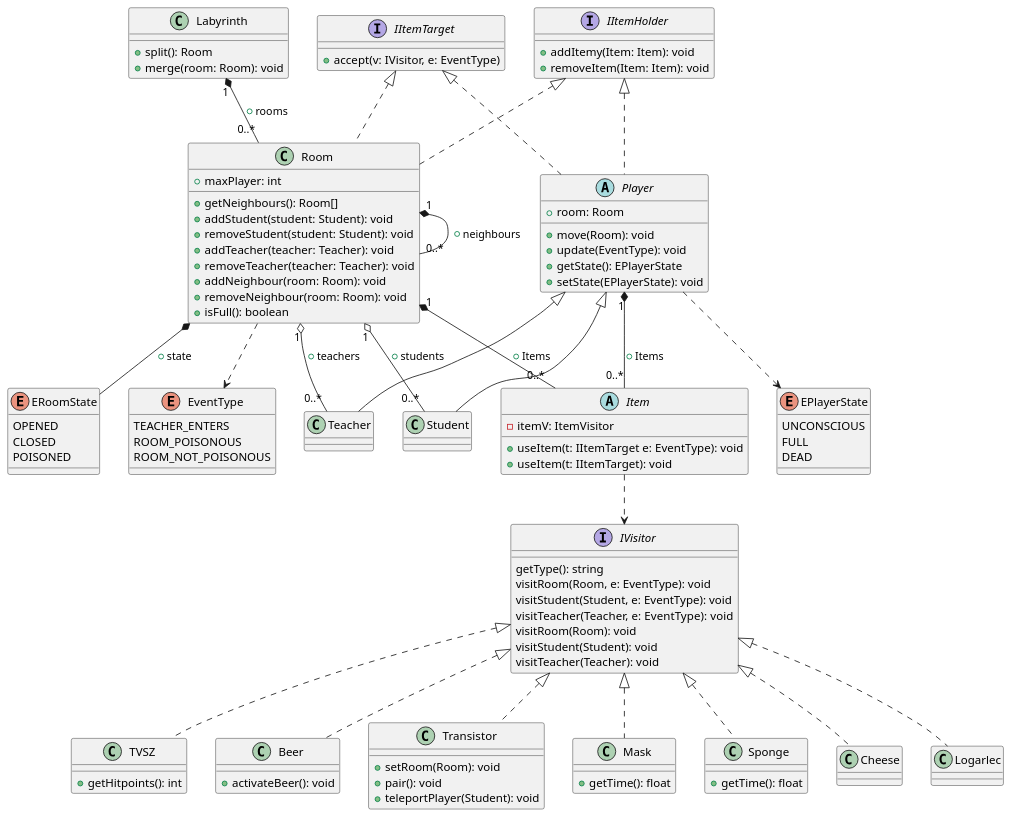
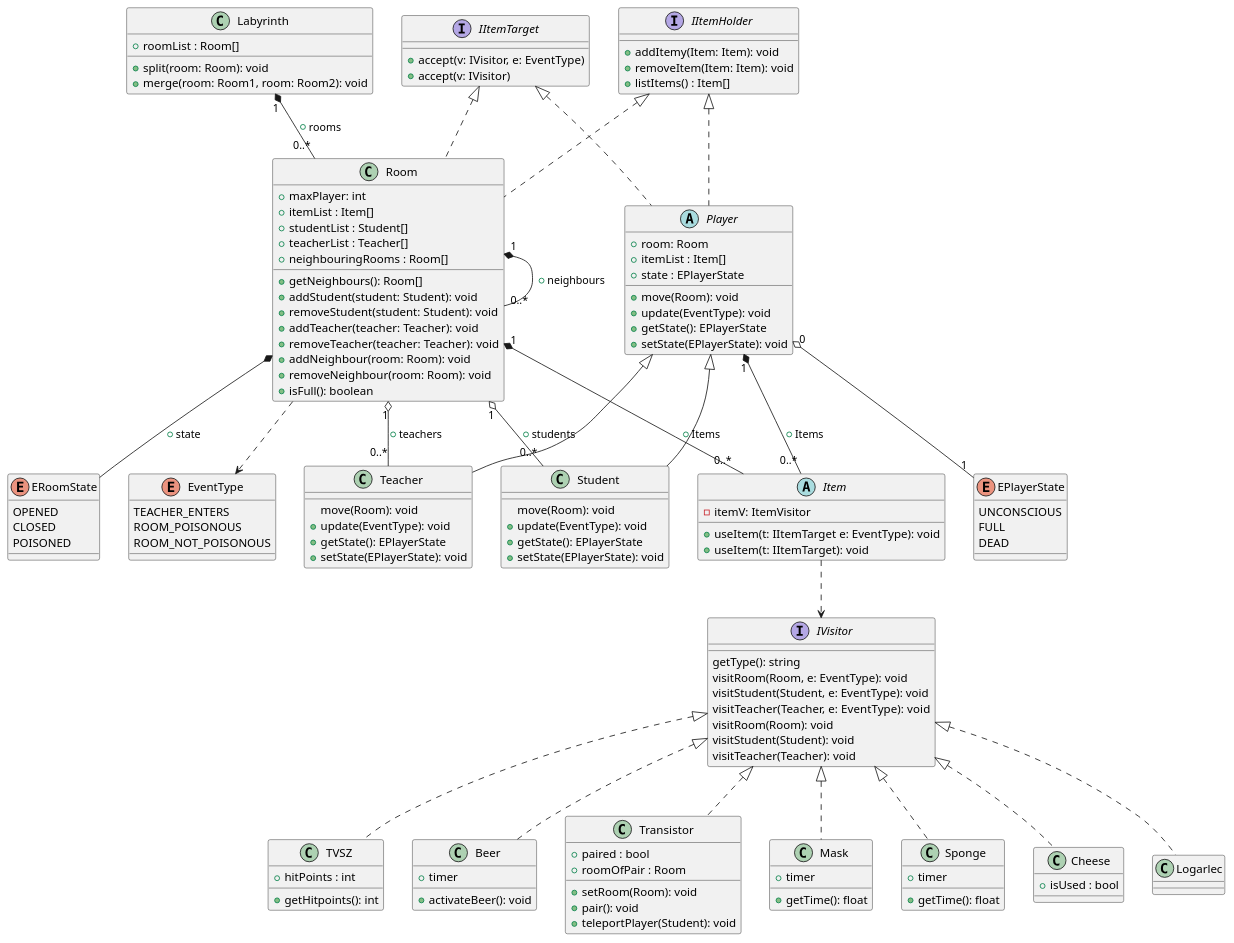
Before and after one commit to MBakter/echo: the diagram in out/docs/UML/Class_UML.plantuml, drawn with PlantUML. The commit also changed 1 other file, not shown here.

```diff
--- a/out/docs/UML/Class_UML.plantuml
+++ b/out/docs/UML/Class_UML.plantuml
@@ -1,119 +1,150 @@
 @startuml UML
 
 class Labyrinth {
-    +split(): Room
-    +merge(room: Room): void
+    +roomList : Room[]
+
+    +split(room: Room): void
+    +merge(room: Room1, room: Room2): void
 }
 
 class Room implements IItemHolder, IItemTarget{
     + maxPlayer: int
+    + itemList : Item[]
+    + studentList : Student[]
+    + teacherList : Teacher[]
+    + neighbouringRooms : Room[]
 
     +getNeighbours(): Room[]
     +addStudent(student: Student): void
     +removeStudent(student: Student): void
     +addTeacher(teacher: Teacher): void
     +removeTeacher(teacher: Teacher): void
     +addNeighbour(room: Room): void
     +removeNeighbour(room: Room): void   
     +isFull(): boolean
 }
 
 enum EPlayerState {
     UNCONSCIOUS
     FULL
     DEAD
 }
 
 abstract class Player implements IItemHolder, IItemTarget{
     + room: Room
+    +itemList : Item[]
+    +state : EPlayerState
+
     + move(Room): void
     + update(EventType): void
     + getState(): EPlayerState
     + setState(EPlayerState): void
 }
 
-Player ..> EPlayerState
+Player "0" o-- "1" EPlayerState
 
 interface IVisitor {
     getType(): string
     visitRoom(Room, e: EventType): void
     visitStudent(Student, e: EventType): void
     visitTeacher(Teacher, e: EventType): void
     visitRoom(Room): void
     visitStudent(Student): void
     visitTeacher(Teacher): void
 }
 
 abstract class Item{
     -itemV: ItemVisitor
     + useItem(t: IItemTarget e: EventType): void
     + useItem(t: IItemTarget): void
 }
 
 interface IItemTarget{
     + accept(v: IVisitor, e: EventType)
+    + accept(v: IVisitor)
 }
 
-class Teacher extends Player{}
-
+class Teacher extends Player{
+    move(Room): void
+    + update(EventType): void
+    + getState(): EPlayerState
+    + setState(EPlayerState): void
+}
 
 class Student extends Player{
+    move(Room): void
+    + update(EventType): void
+    + getState(): EPlayerState
+    + setState(EPlayerState): void
 }
 
 interface IItemHolder {
     + addItemy(Item: Item): void
     + removeItem(Item: Item): void
+    + listItems() : Item[]
 }
 
 enum ERoomState {
     OPENED
     CLOSED
     POISONED
 }
 
 enum EventType {
     TEACHER_ENTERS
     ROOM_POISONOUS
     ROOM_NOT_POISONOUS
 }
 Room ..> EventType
 
 class TVSZ implements IVisitor {
+    +hitPoints : int
+
     + getHitpoints(): int
 }
 
 class Beer implements IVisitor {
+    + timer
+
     + activateBeer(): void
 }
 
 class Transistor implements IVisitor  {
+    + paired : bool
+    + roomOfPair : Room
+
     + setRoom(Room): void
     + pair(): void
     + teleportPlayer(Student): void
 }
 
-class Mask  implements IVisitor  {
+class Mask implements IVisitor  {
+    + timer
+
     + getTime(): float
 }
 
 class Sponge  implements IVisitor  {
+    + timer
+
     + getTime(): float
 }
 
 class Cheese  implements IVisitor {
+    + isUsed : bool
 }
 
 class Logarlec  implements IVisitor  {
 }
 
 Room "1" o-- "0..*" Student: + students
 Room "1" o-- "0..*" Teacher: + teachers
 Room "1" *-- "0..*" Room: + neighbours
 Player "1" *-- "0..*" Item: + Items
 Room "1" *-- "0..*" Item: + Items
 Room *-- ERoomState: + state
 Labyrinth "1" *-- "0..*" Room: + rooms
 
 Item ..> IVisitor
 
 @enduml
```
